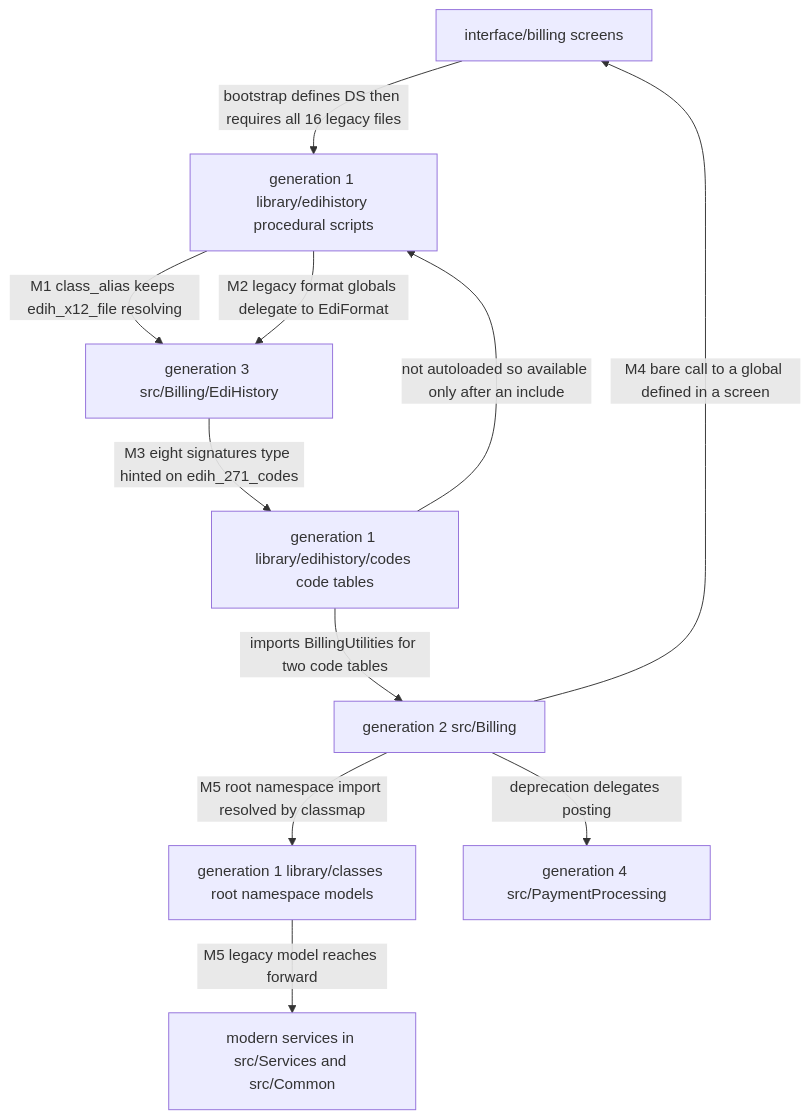
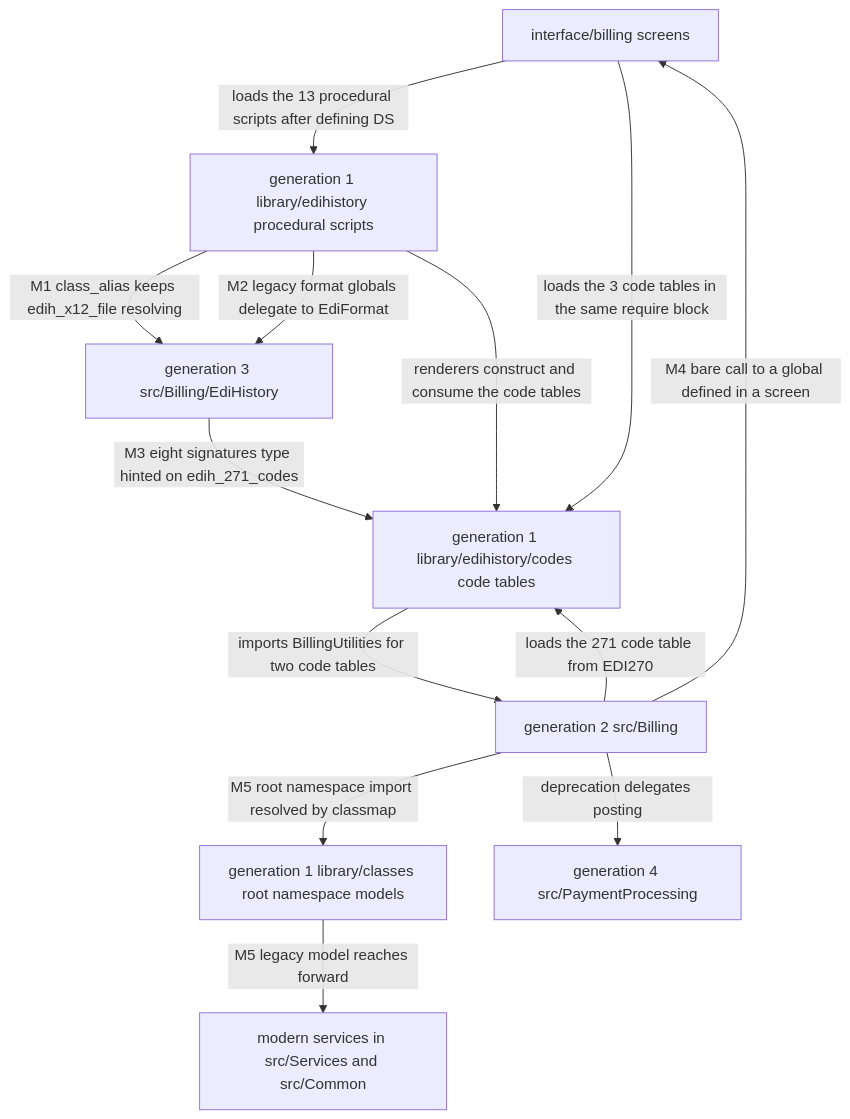
One commit to blitzy-public-samples/openemr changed the second of 4 diagrams in docs/edi/architecture.md. Above: the diagram before and after it, drawn with Mermaid. The commit also changed other lines of this file, not shown here.

First line of the commit message:
docs(edi): correct migration, loading, coupling and pipeline claims

````diff
--- a/docs/edi/architecture.md
+++ b/docs/edi/architecture.md
@@ -348,21 +358,23 @@
 ```mermaid
 flowchart TB
     UI["interface/billing screens"]
     G1["generation 1 library/edihistory procedural scripts"]
     G1CODES["generation 1 library/edihistory/codes code tables"]
     G1MODELS["generation 1 library/classes root namespace models"]
     G2["generation 2 src/Billing"]
     G3["generation 3 src/Billing/EdiHistory"]
     G4["generation 4 src/PaymentProcessing"]
     SVC["modern services in src/Services and src/Common"]
-    UI -- "bootstrap defines DS then requires all 16 legacy files" --> G1
+    UI -- "loads the 13 procedural scripts after defining DS" --> G1
+    UI -- "loads the 3 code tables in the same require block" --> G1CODES
     G1 -- "M1 class_alias keeps edih_x12_file resolving" --> G3
     G1 -- "M2 legacy format globals delegate to EdiFormat" --> G3
+    G1 -- "renderers construct and consume the code tables" --> G1CODES
     G3 -- "M3 eight signatures type hinted on edih_271_codes" --> G1CODES
     G2 -- "M4 bare call to a global defined in a screen" --> UI
-    G1CODES -- "not autoloaded so available only after an include" --> G1
+    G2 -- "loads the 271 code table from EDI270" --> G1CODES
     G1CODES -- "imports BillingUtilities for two code tables" --> G2
     G2 -- "M5 root namespace import resolved by classmap" --> G1MODELS
     G1MODELS -- "M5 legacy model reaches forward" --> SVC
     G2 -- "deprecation delegates posting" --> G4
 ```
````
